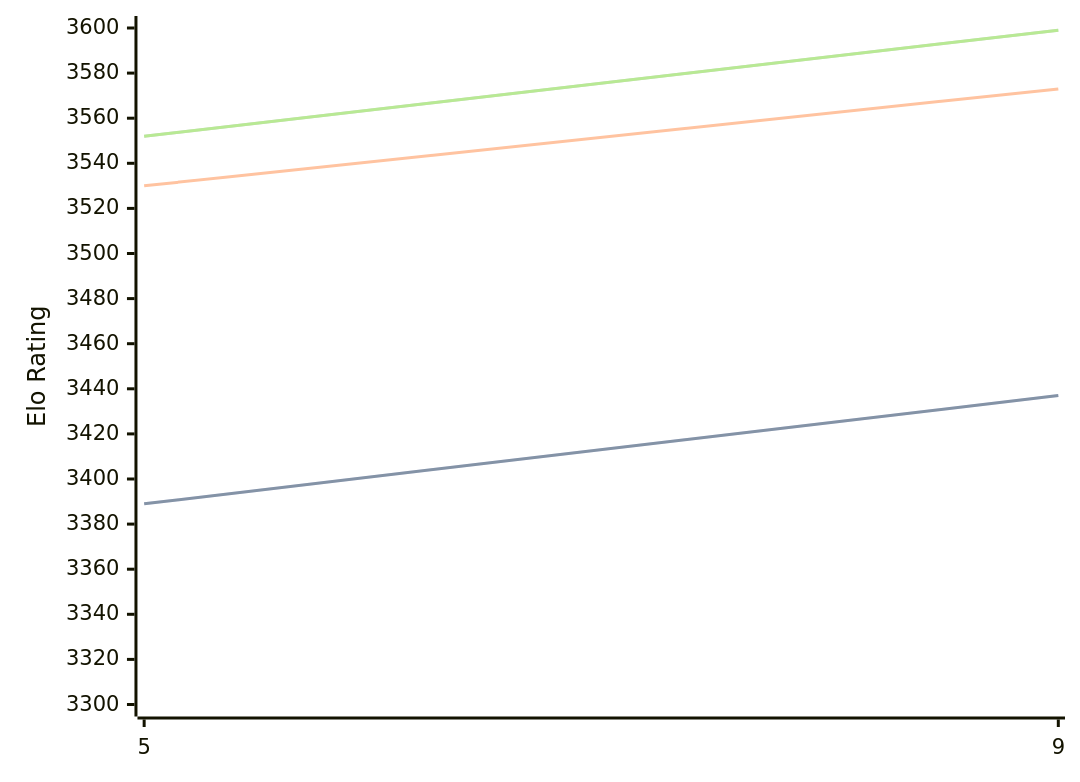
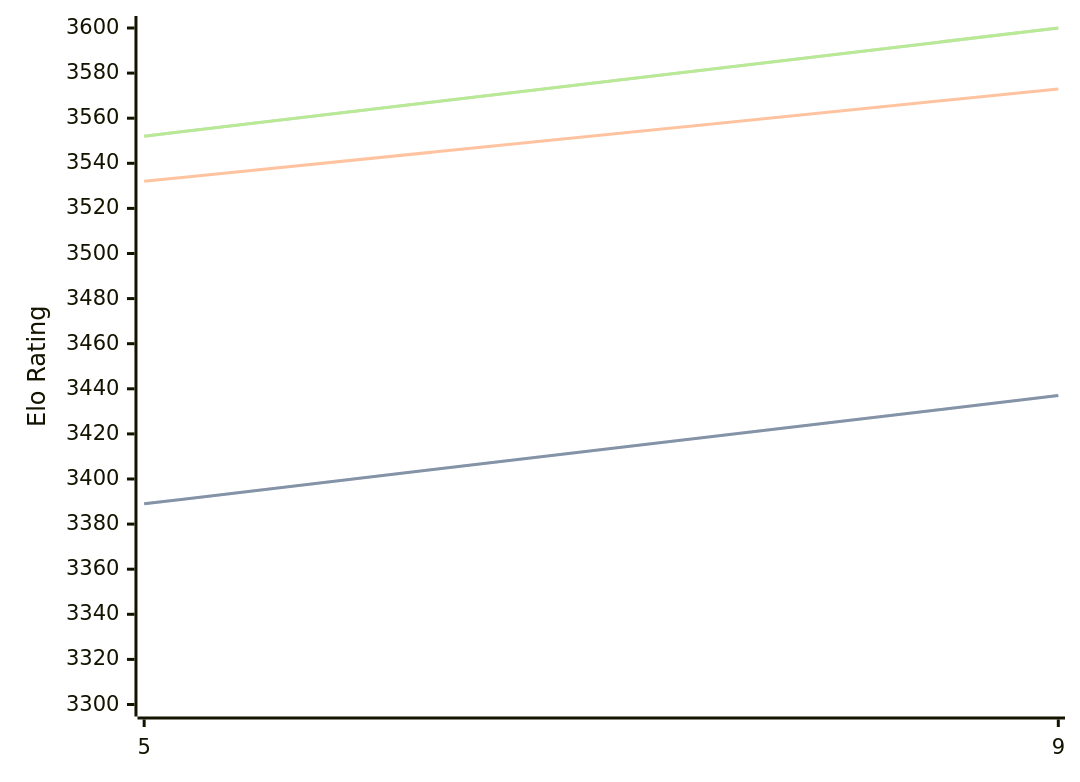
The diagram in engines/Crystal.md (computer-chess-index/cci), drawn with Mermaid before and after one commit. The commit also changed other lines of this file, not shown here.

Commit message:
Update CCI Ratings (ELO VLTC) - 2026-09-27

````diff
--- a/engines/Crystal.md
+++ b/engines/Crystal.md
@@ -32,11 +32,11 @@
 ```mermaid
 %%{init: {"theme":"base","themeVariables":{"seriesColors:['#a3a3a3','#222221','#faa371']}}}%%
 xychart-beta
   x-axis ["5", "9"]
   y-axis "Elo Rating" 3300 --> 3600
   line "" [3389, 3437]
   line "STC (8.0+0.08s)" [3389, 3437]
-  line "LTC (60.0+0.60s)" [3530, 3573]
-  line "" [3552, 3599]
-  line "VLTC (2m24s+1.12s)" [3552, 3599]
+  line "LTC (60.0+0.60s)" [3532, 3573]
+  line "" [3552, 3600]
+  line "VLTC (2m24s+1.12s)" [3552, 3600]
 ```
````
